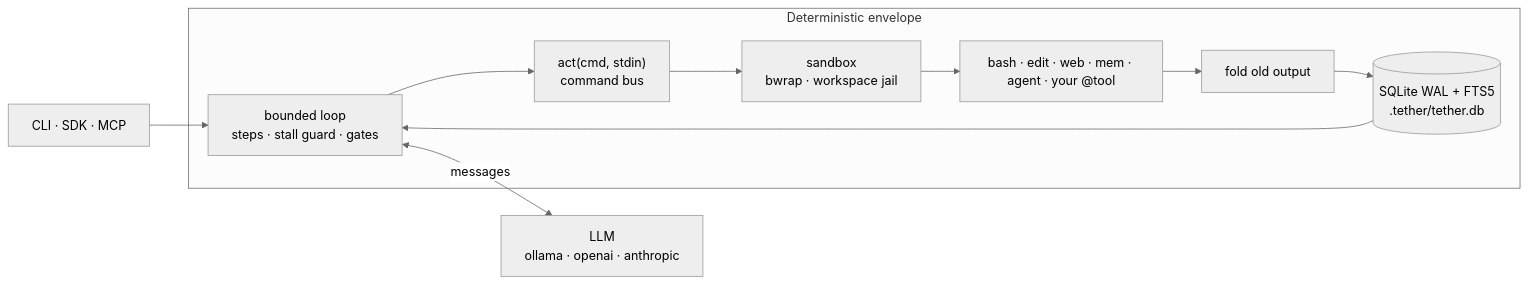
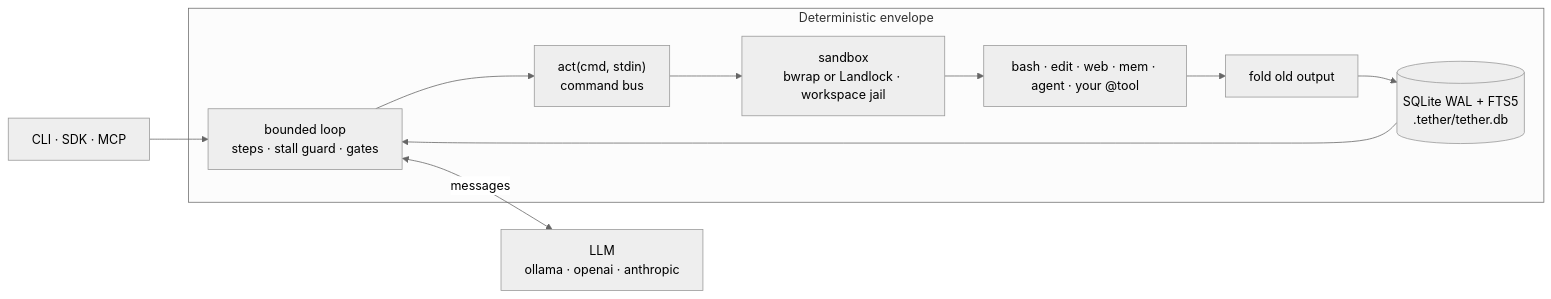
The diagram in README.md (igormcsouza/tether), drawn with Mermaid (neutral theme) before and after one commit. The commit also changed 18 other files, not shown here.

First line of the commit message:
feat(sandbox): bwrap, else Landlock, else fail closed (AD-35) (#354)

````diff
--- a/README.md
+++ b/README.md
@@ -39,13 +39,13 @@
 ```mermaid
 flowchart LR
     You["CLI · SDK · MCP"] --> Loop
     subgraph Envelope["Deterministic envelope"]
         Loop["bounded loop<br/>steps · stall guard · gates"] --> Mux["act(cmd, stdin)<br/>command bus"]
-        Mux --> Sand["sandbox<br/>bwrap · workspace jail"]
+        Mux --> Sand["sandbox<br/>bwrap or Landlock · workspace jail"]
         Sand --> Tools["bash · edit · web · mem · agent · your @tool"]
         Tools --> Fold["fold old output"]
         Fold --> DB[("SQLite WAL + FTS5<br/>.tether/tether.db")]
         DB --> Loop
     end
     Loop <-->|"messages"| Model["LLM<br/>ollama · openai · anthropic"]
 ```
````
